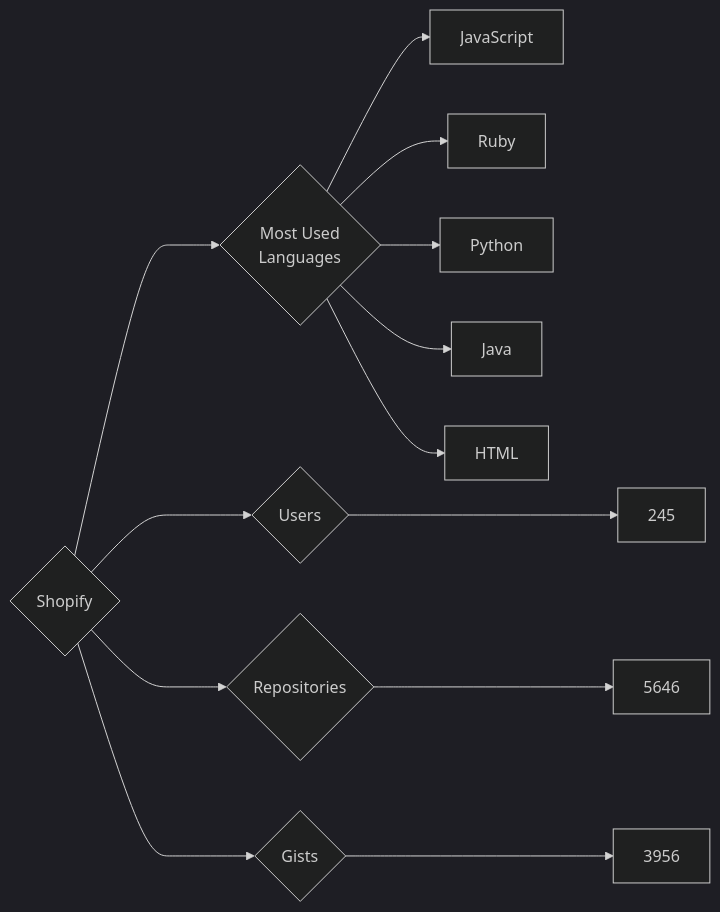
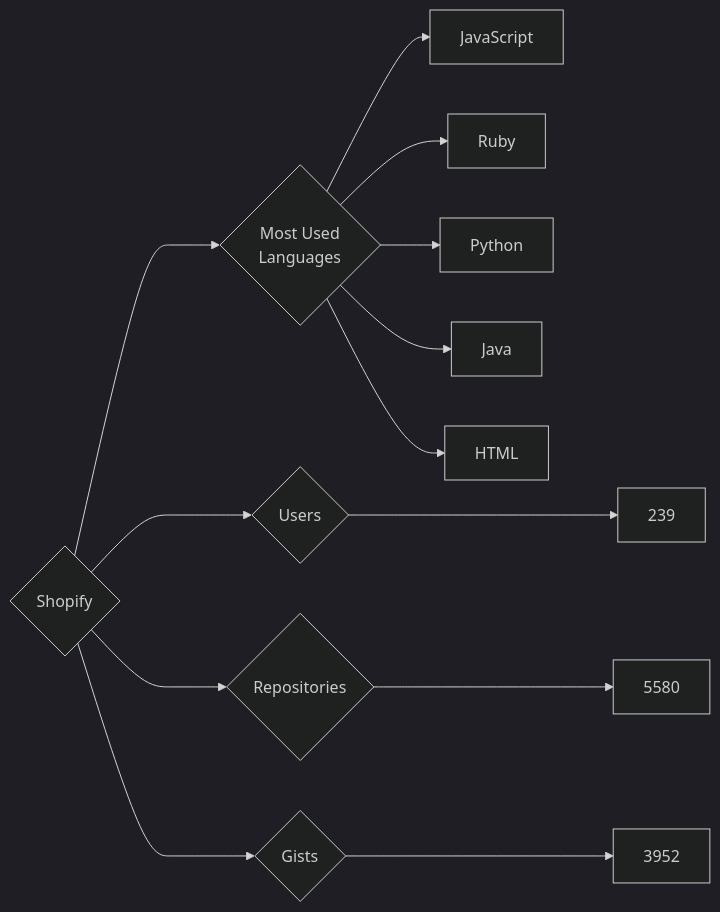
One commit to trickest/insiders changed the diagram in targets/Shopify/README.md. Above: the diagram before and after it, drawn with Mermaid (dark theme). The commit also changed 1508 other files, not shown here.

````diff
--- a/targets/Shopify/README.md
+++ b/targets/Shopify/README.md
@@ -3,13 +3,13 @@
 ```mermaid
 graph LR
 COMPANY_NAME{Shopify}
-COMPANY_NAME ---> U{Users} ---> UN[245]
-COMPANY_NAME ---> R{Repositories} ---> RN[5646]
-COMPANY_NAME ---> G{Gists} ---> GN[3956]
+COMPANY_NAME ---> U{Users} ---> UN[239]
+COMPANY_NAME ---> R{Repositories} ---> RN[5580]
+COMPANY_NAME ---> G{Gists} ---> GN[3952]
 COMPANY_NAME ---> ML{Most Used<br>Languages}
 ML --> JavaScript[JavaScript]
 ML --> Ruby[Ruby]
 ML --> Python[Python]
 ML --> Java[Java]
 ML --> HTML[HTML]
 ```
````
